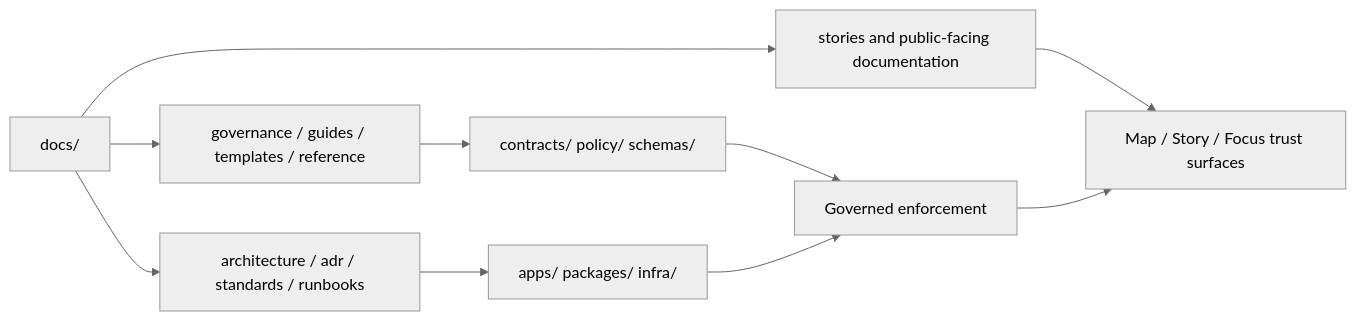
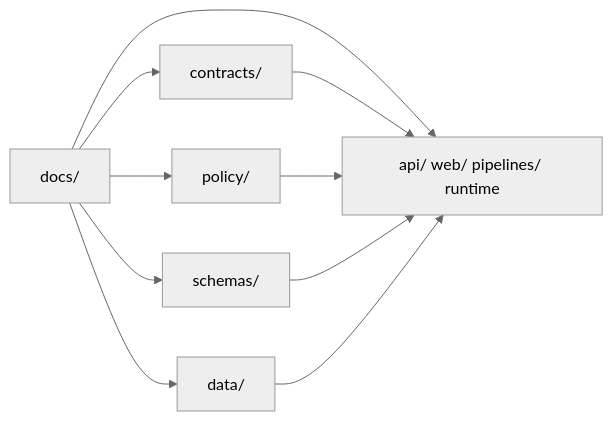
The first of 2 diagrams in docs/README.md (bartytime4life/Kansas-Frontier-Matrix), drawn with Mermaid (neutral theme) before and after one commit. The commit also changed other lines of this file, not shown here.

````diff
--- a/docs/README.md
+++ b/docs/README.md
@@ -76,12 +88,20 @@
 ```mermaid
 flowchart LR
-  A["docs/"] --> B["architecture / adr / standards / runbooks"]
-  A --> C["governance / guides / templates / reference"]
-  A --> D["stories and public-facing documentation"]
-  B --> E["apps/ packages/ infra/"]
-  C --> F["contracts/ policy/ schemas/"]
-  D --> G["Map / Story / Focus trust surfaces"]
-  F --> H["Governed enforcement"]
-  E --> H
-  H --> G
+  docs["docs/"]
+  contracts["contracts/"]
+  policy["policy/"]
+  schemas["schemas/"]
+  data["data/"]
+  runtime["api/ web/ pipelines/ runtime"]
+
+  docs --> runtime
+  docs --> contracts
+  docs --> policy
+  docs --> schemas
+  docs --> data
+
+  contracts --> runtime
+  policy --> runtime
+  schemas --> runtime
+  data --> runtime
 ```
````
